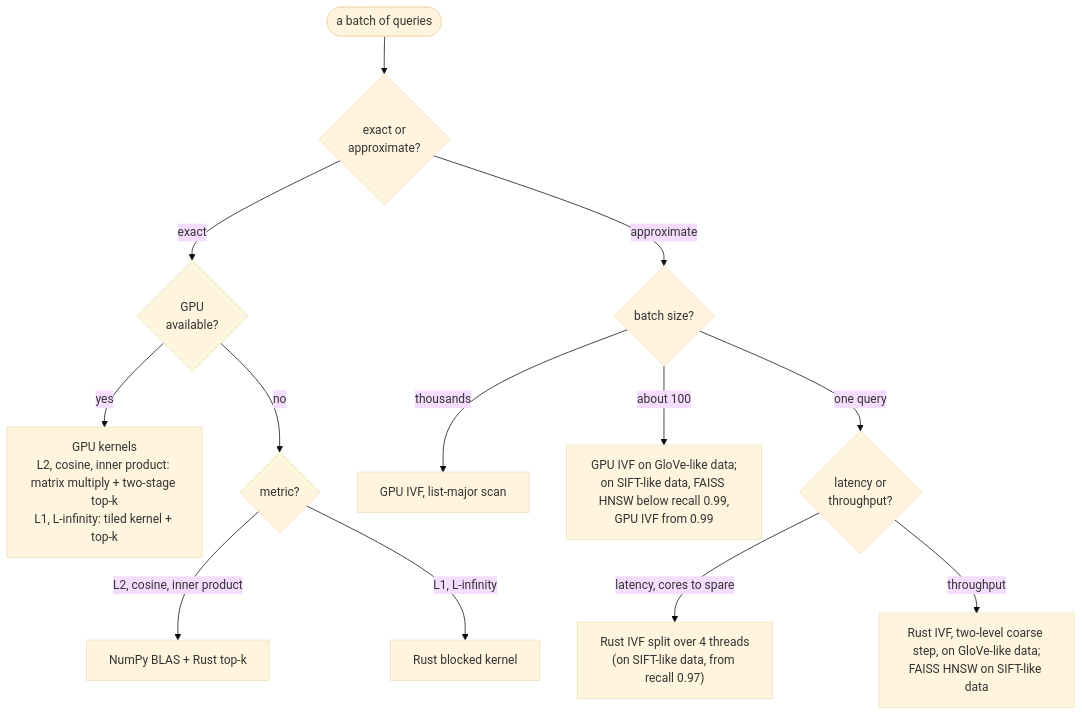
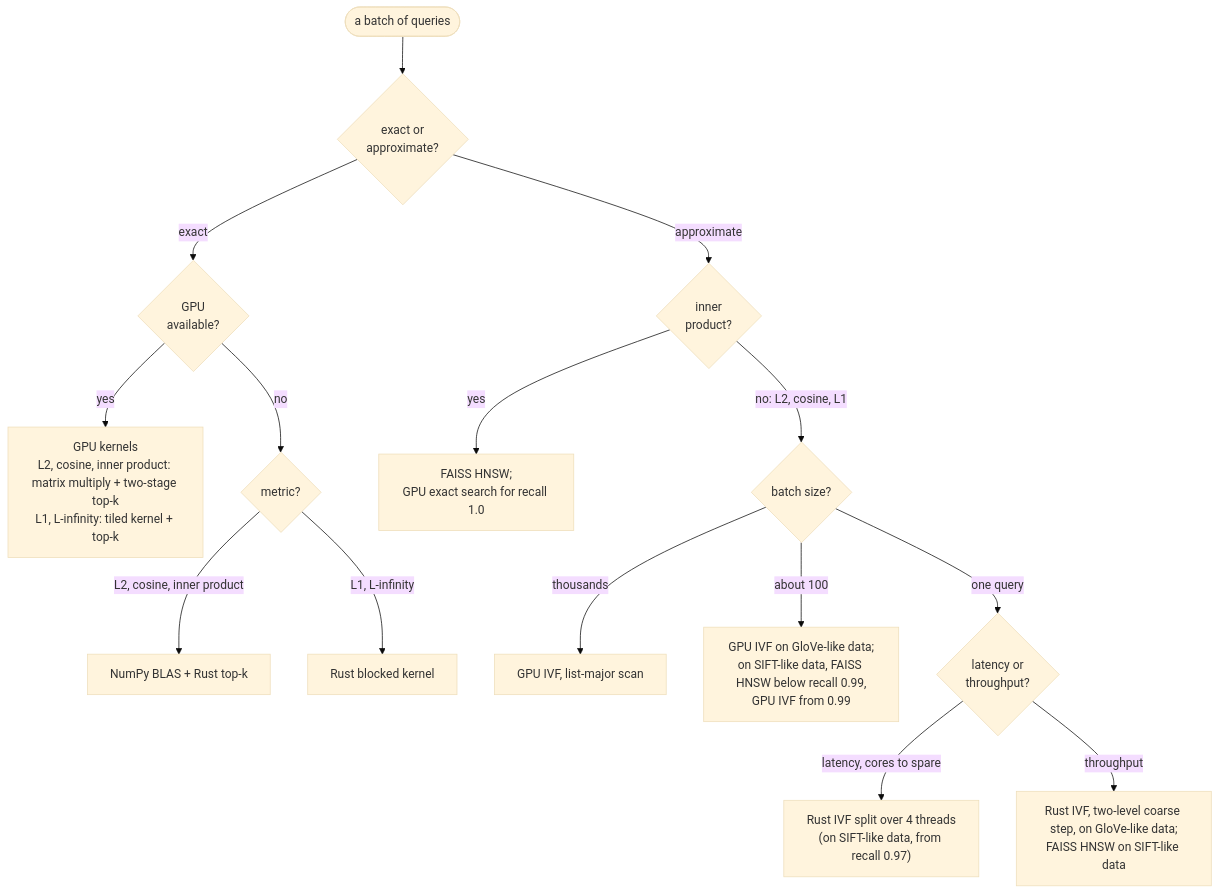
The second of 4 diagrams in ARCHITECTURE.md (vglazer/siann), drawn with Mermaid (base theme) before and after one commit. The commit also changed other lines of this file and 17 other files, not shown here.

First line of the commit message:
Music-100: inner product on data made for it

````diff
--- a/ARCHITECTURE.md
+++ b/ARCHITECTURE.md
@@ -55,15 +55,17 @@
 ```mermaid
 flowchart TB
     q(["a batch of queries"]) --> kind{"exact or<br/>approximate?"}
     kind -- exact --> where{"GPU<br/>available?"}
     where -- yes --> ge["GPU kernels<br/>L2, cosine, inner product: matrix multiply + two-stage top-k<br/>L1, L-infinity: tiled kernel + top-k"]
     where -- no --> metric{"metric?"}
     metric -- "L2, cosine, inner product" --> cb["NumPy BLAS + Rust top-k"]
     metric -- "L1, L-infinity" --> cr["Rust blocked kernel"]
-    kind -- approximate --> size{"batch size?"}
+    kind -- approximate --> ip{"inner<br/>product?"}
+    ip -- yes --> hip["FAISS HNSW;<br/>GPU exact search for recall 1.0"]
+    ip -- "no: L2, cosine, L1" --> size{"batch size?"}
     size -- "thousands" --> gl["GPU IVF, list-major scan"]
     size -- "about 100" --> hn["GPU IVF on GloVe-like data;<br/>on SIFT-like data, FAISS HNSW below recall 0.99,<br/>GPU IVF from 0.99"]
     size -- "one query" --> lat{"latency or<br/>throughput?"}
     lat -- "latency, cores to spare" --> sp["Rust IVF split over 4 threads<br/>(on SIFT-like data, from recall 0.97)"]
     lat -- throughput --> one["Rust IVF, two-level coarse step, on GloVe-like data;<br/>FAISS HNSW on SIFT-like data"]
 ```
````
